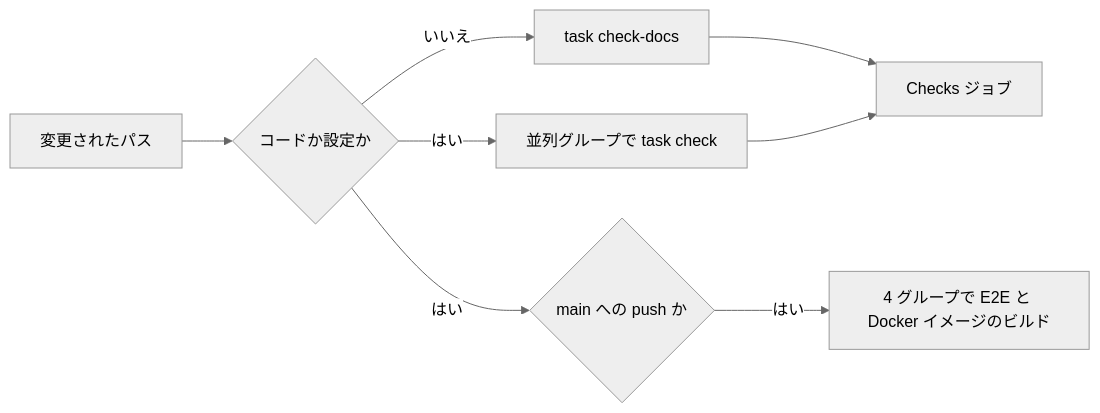
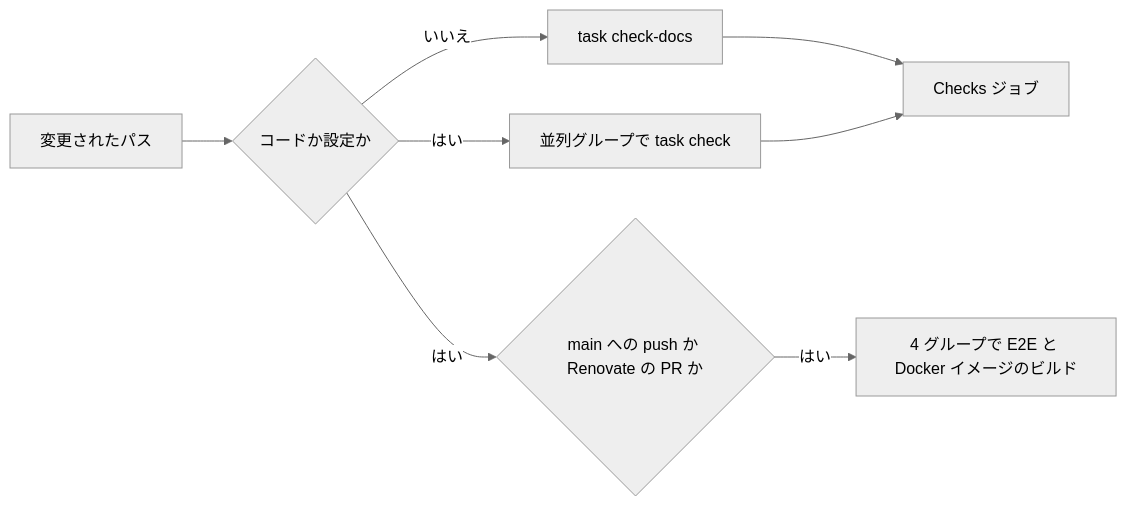
Before and after one commit to syudead/vv: the diagram in translations/ja/docs/how-to/development.md, drawn with Mermaid (neutral theme). The commit also changed other lines of this file and 13 other files, not shown here.

````diff
--- a/translations/ja/docs/how-to/development.md
+++ b/translations/ja/docs/how-to/development.md
@@ -55,10 +55,10 @@
 ```mermaid
 flowchart LR
   change[変更されたパス] --> code{コードか設定か}
   code -->|いいえ| docs[task check-docs]
   code -->|はい| groups[並列グループで task check]
   docs --> checks[Checks ジョブ]
   groups --> checks
-  code -->|はい| push{main への push か}
+  code -->|はい| push{main への push か Renovate の PR か}
   push -->|はい| more[4 グループで E2E と Docker イメージのビルド]
 ```
````
